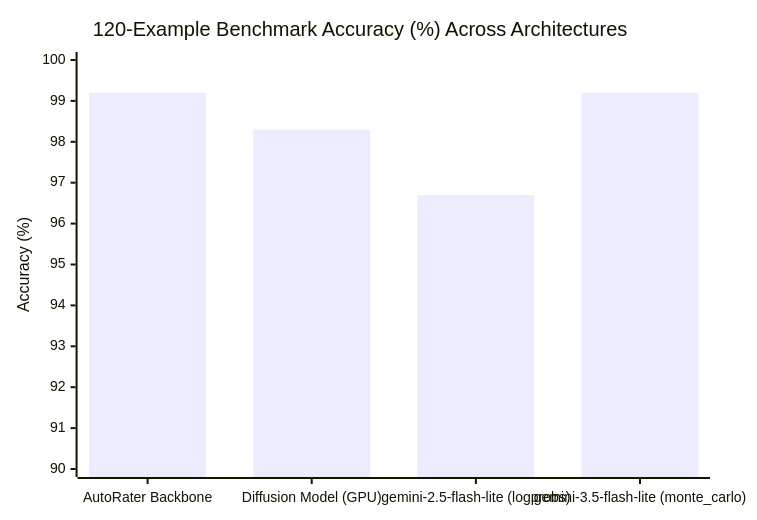
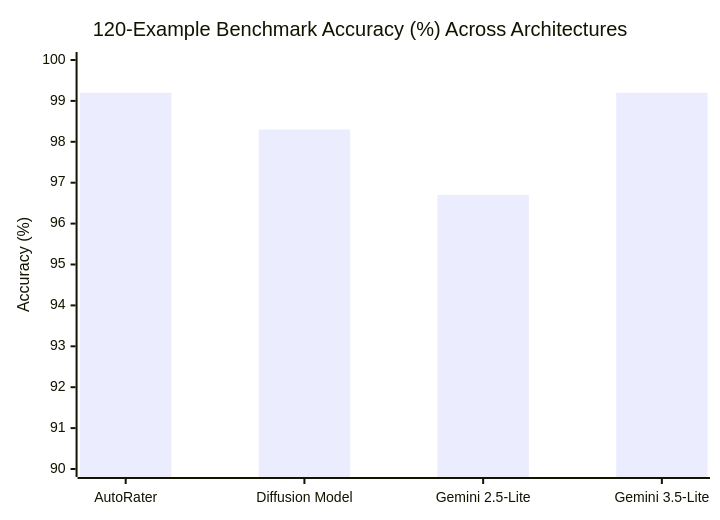
One commit to JoaquinMen/jev-gemini changed the third of 3 diagrams in MEDIUM_POST.md. Above: the diagram before and after it, drawn with Mermaid.

Commit message:
Shorten x-axis labels in benchmark comparison xychart to prevent label collisions
TAG=agy
CONV=437ef7a4-84f7-4103-bd4d-d7c9e87c7b9d

````diff
--- a/MEDIUM_POST.md
+++ b/MEDIUM_POST.md
@@ -269,7 +269,7 @@
 ```mermaid
 xychart-beta
     title "120-Example Benchmark Accuracy (%) Across Architectures"
-    x-axis ["AutoRater Backbone", "Diffusion Model (GPU)", "gemini-2.5-flash-lite (logprobs)", "gemini-3.5-flash-lite (monte_carlo)"]
+    x-axis ["AutoRater", "Diffusion Model", "Gemini 2.5-Lite", "Gemini 3.5-Lite"]
     y-axis "Accuracy (%)" 90 --> 100
     bar [99.2, 98.3, 96.7, 99.2]
 ```
````
